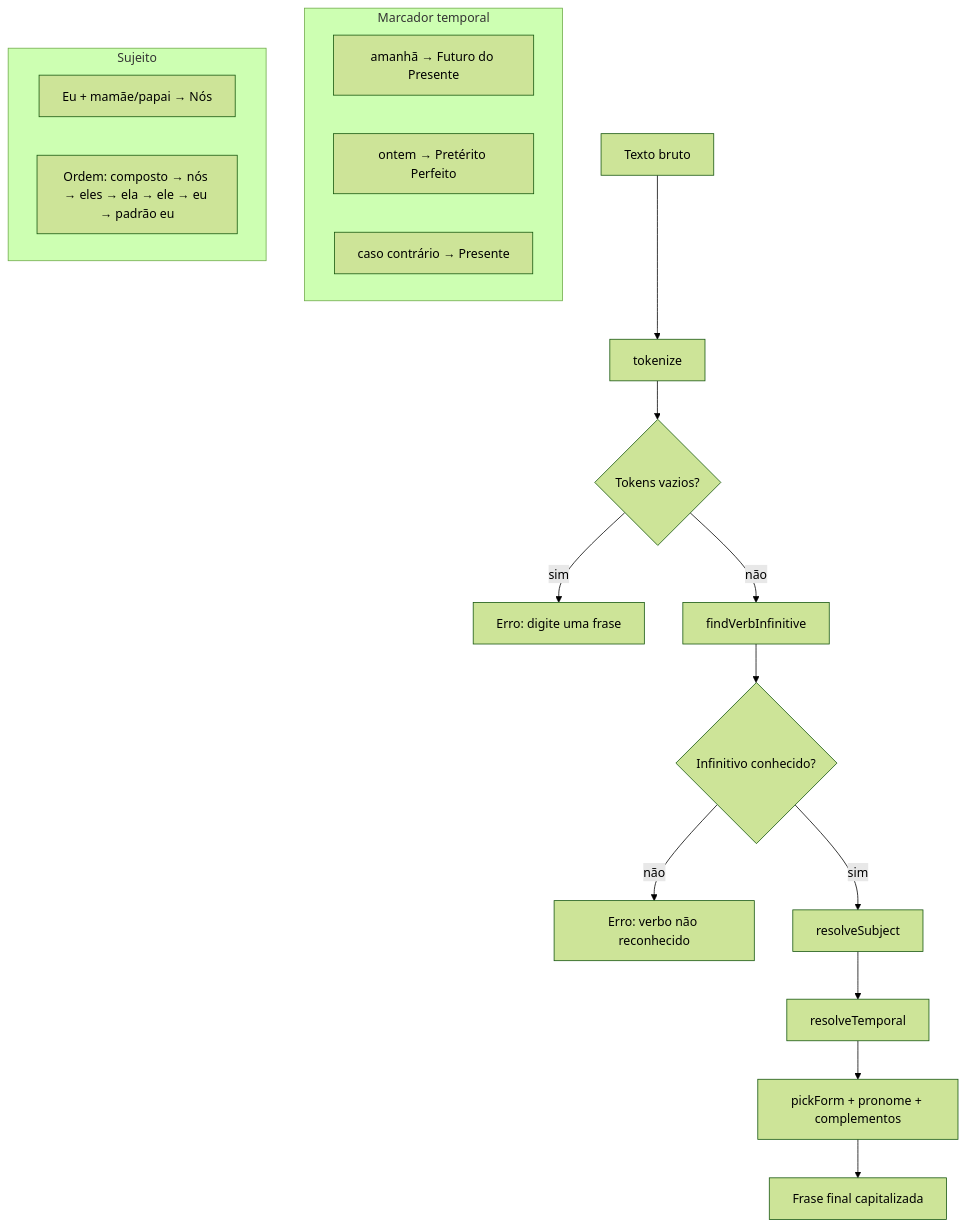
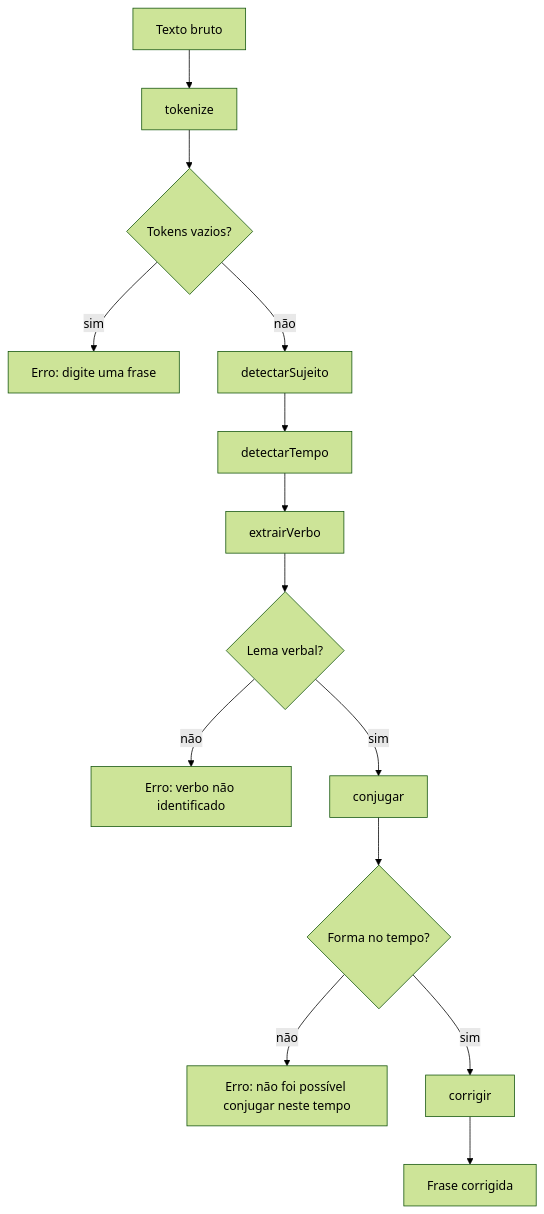
The first of 6 diagrams in docs/diagrama.md (aac-ai-lab/conjug.ai), drawn with Mermaid (forest theme) before and after one commit. The commit also changed other lines of this file and 2 other files, not shown here.

Commit message:
Atualiza diagramas e documentação do fluxo de análise
- Modifica `diagrama.html` e `docs/diagrama.md` para refletir a nova nomenclatura e estrutura do fluxo de análise, detalhando o processo de `analisarFrase` e a função `extrairVerbo`.
- Adiciona seção interativa para `extrairVerbo` em `vendors/conjugai-core/diagram.html`, explicando sua implementação e lógica de funcionamento.

````diff
--- a/docs/diagrama.md
+++ b/docs/diagrama.md
@@ -11,24 +11,16 @@
 ```mermaid
 flowchart TD
   A[Texto bruto] --> B[tokenize]
   B --> C{Tokens vazios?}
   C -->|sim| ERR[Erro: digite uma frase]
-  C -->|não| D[findVerbInfinitive]
-  D --> E{Infinitivo conhecido?}
-  E -->|não| ERR2[Erro: verbo não reconhecido]
-  E -->|sim| F[resolveSubject]
-  F --> G[resolveTemporal]
-  G --> H[pickForm + pronome + complementos]
-  H --> I[Frase final capitalizada]
-
-  subgraph regras_tempo["Marcador temporal"]
-    G1["amanhã → Futuro do Presente"]
-    G2["ontem → Pretérito Perfeito"]
-    G3["caso contrário → Presente"]
-  end
-
-  subgraph sujeito["Sujeito"]
-    F1["Eu + mamãe/papai → Nós"]
-    F2["Ordem: composto → nós → eles → ela → ele → eu → padrão eu"]
-  end
+  C -->|não| D[detectarSujeito]
+  D --> E[detectarTempo]
+  E --> F[extrairVerbo]
+  F --> G{Lema verbal?}
+  G -->|não| ERR2[Erro: verbo não identificado]
+  G -->|sim| H[conjugar]
+  H --> I{Forma no tempo?}
+  I -->|não| ERR3[Erro: não foi possível conjugar neste tempo]
+  I -->|sim| J[corrigir]
+  J --> K[Frase corrigida]
 ```
````
